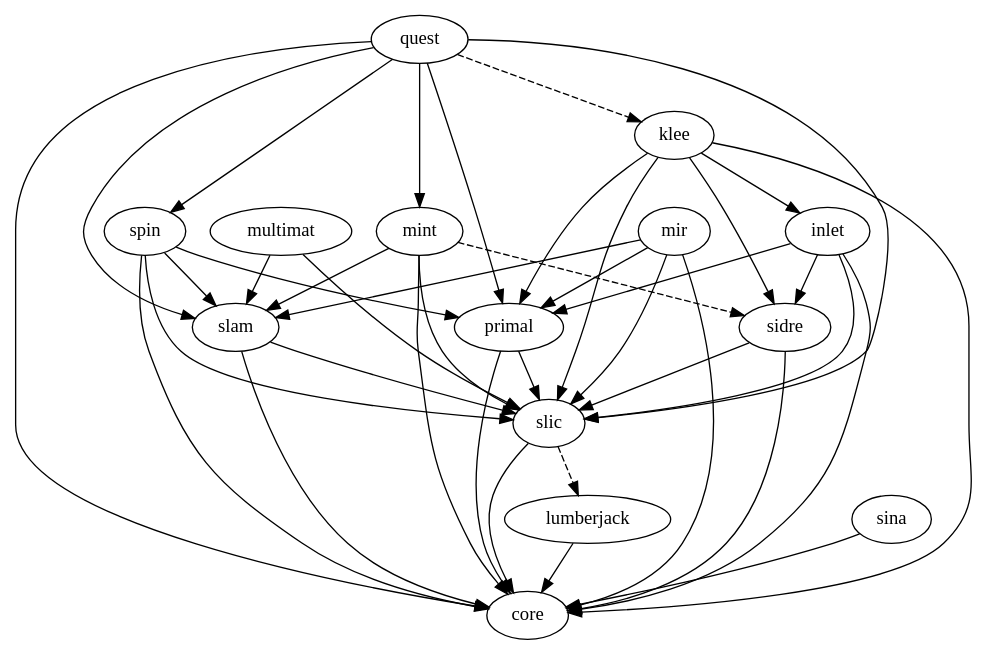
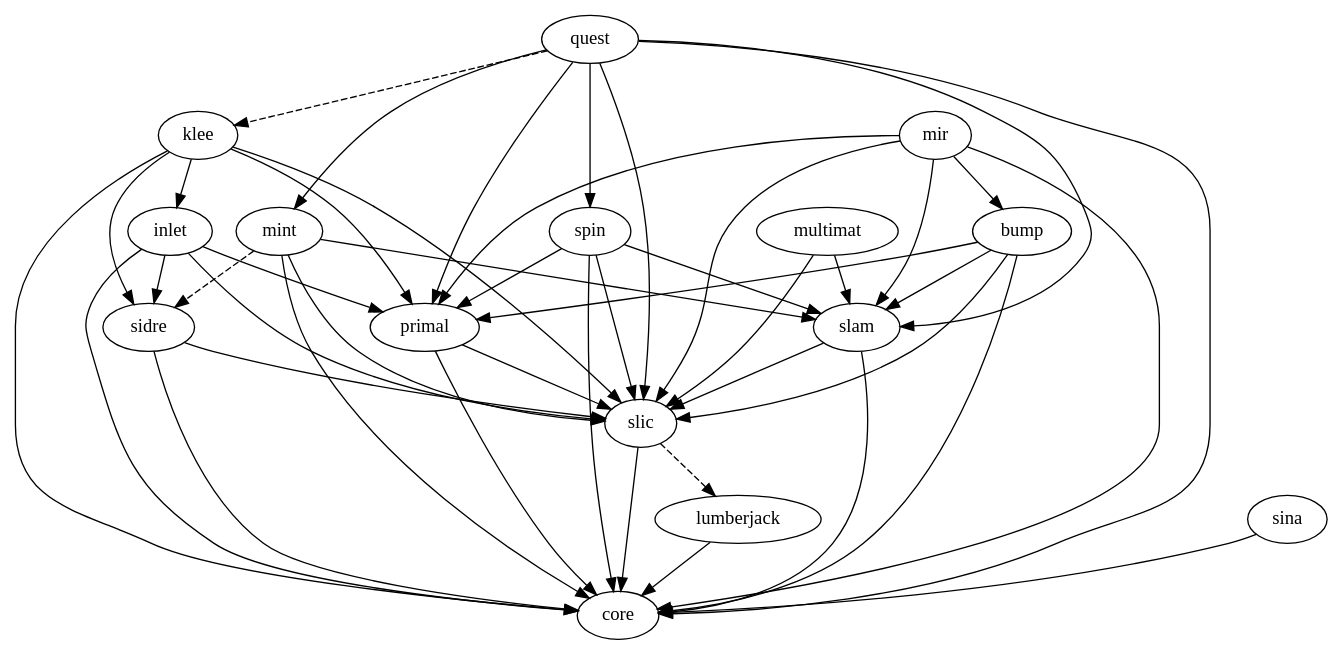
The diagram in src/docs/dependencies.dot (llnl/axom), drawn with Graphviz before and after one commit. The commit also changed 83 other files, not shown here.

```diff
--- a/src/docs/dependencies.dot
+++ b/src/docs/dependencies.dot
@@ -1,17 +1,18 @@
 digraph dependencies {
   quest -> {slam primal mint spin};
   quest -> klee [style="dashed"];
   {inlet klee mint primal quest slam spin} -> {slic core};
   mint -> slam
   mint -> sidre [style="dashed"];
-  mir -> {slic core slam primal};
+  mir -> {bump slic core slam primal};
   multimat -> {slic slam};
   spin -> {slam primal};
   sidre -> {slic core};
   sina -> {core};
   slic -> core;
   slic -> lumberjack [style="dashed"];
   lumberjack -> core;
   inlet -> {sidre primal};
   klee -> {sidre primal inlet};
+  bump -> {slic core slam primal};
 }
```
